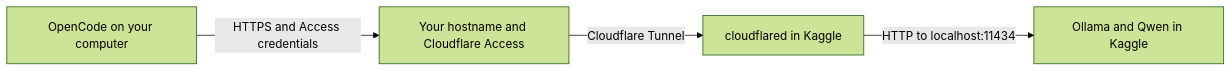
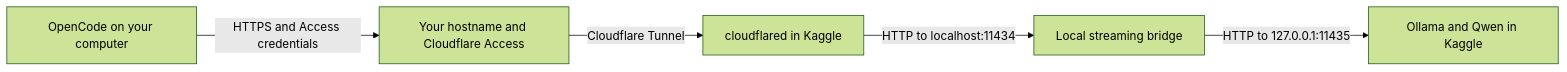
Before and after one commit to 0xnbk/kaggle-llm-scripts: the diagram in README.md, drawn with Mermaid (forest theme). The commit also changed other lines of this file and 2 other files, not shown here.

Commit message:
fix(kaggle): keep long tool responses streaming

````diff
--- a/README.md
+++ b/README.md
@@ -37,6 +39,7 @@
 ```mermaid
 flowchart LR
     A[OpenCode on your computer] -->|HTTPS and Access credentials| B[Your hostname and Cloudflare Access]
     B -->|Cloudflare Tunnel| C[cloudflared in Kaggle]
-    C -->|HTTP to localhost:11434| D[Ollama and Qwen in Kaggle]
+    C -->|HTTP to localhost:11434| D[Local streaming bridge]
+    D -->|HTTP to 127.0.0.1:11435| E[Ollama and Qwen in Kaggle]
 ```
````
